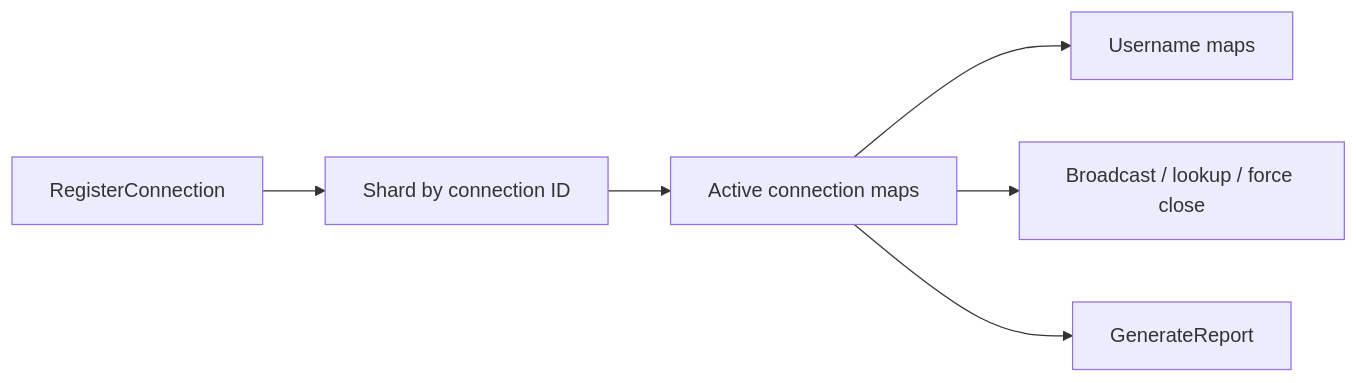
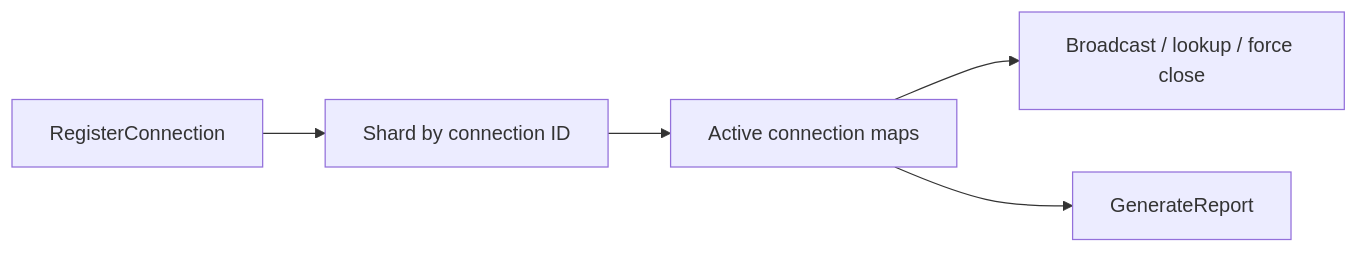
The diagram in docs/api/network/connection-hub.md (ppn-systems/nalix-docs), drawn with Mermaid before and after one commit. The commit also changed other lines of this file and 16 other files, not shown here.

````diff
--- a/docs/api/network/connection-hub.md
+++ b/docs/api/network/connection-hub.md
@@ -10,8 +10,7 @@
 ```mermaid
 flowchart LR
     A["RegisterConnection"] --> B["Shard by connection ID"]
     B --> C["Active connection maps"]
-    C --> D["Username maps"]
     C --> E["Broadcast / lookup / force close"]
     C --> F["GenerateReport"]
 ```
````
